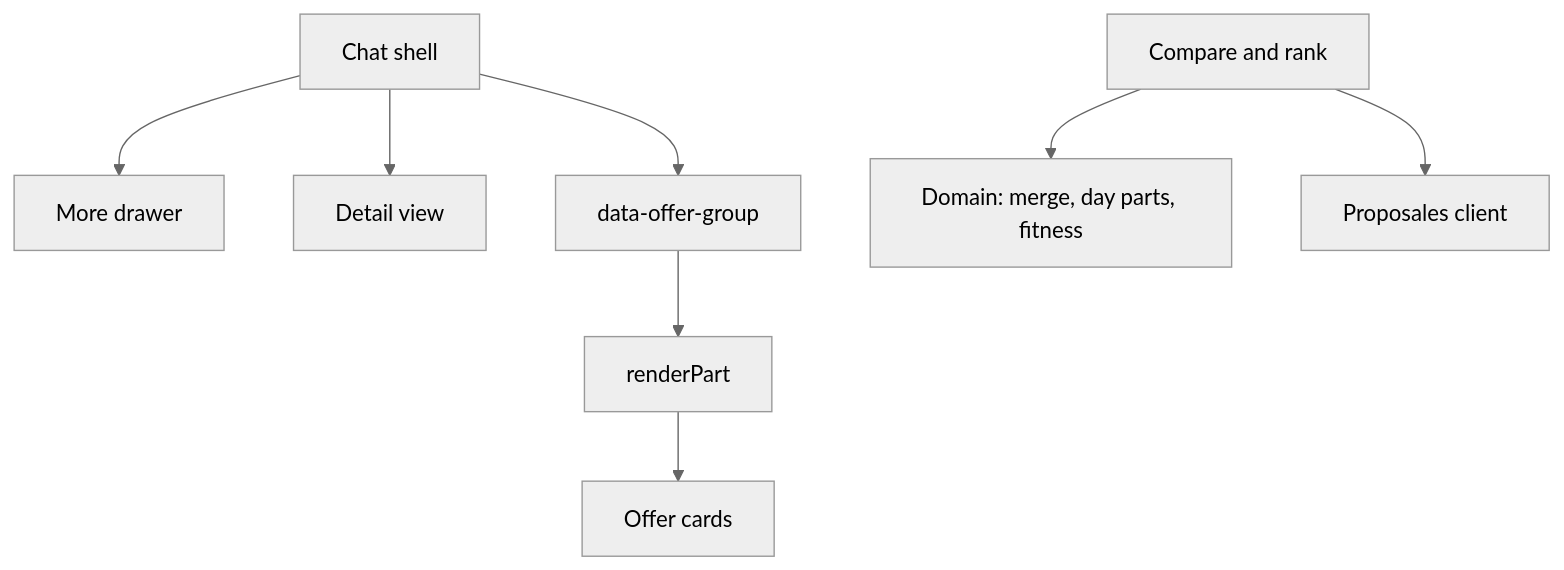
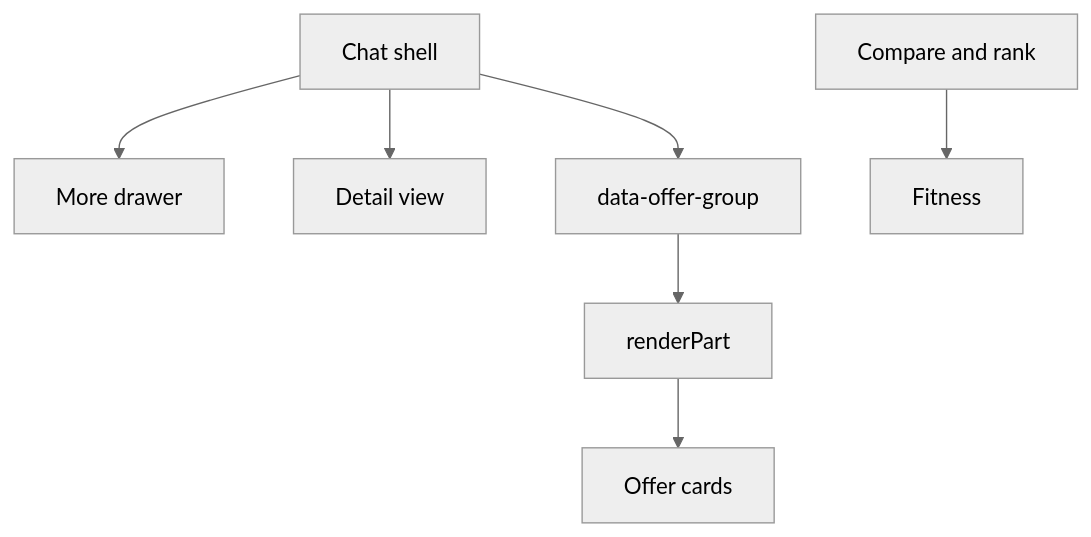
One commit to p10ns11y/proposales-planner-bench changed the ninth of 14 diagrams in planner-bench/docs/ARCHITECTURE.md. Above: the diagram before and after it, drawn with Mermaid (neutral theme). The commit also changed other lines of this file and 11 other files, not shown here.

First line of the commit message:
Revise the planner architecture doc (#14)

````diff
--- a/planner-bench/docs/ARCHITECTURE.md
+++ b/planner-bench/docs/ARCHITECTURE.md
@@ -62,17 +206,15 @@
 ```mermaid
 flowchart TB
   shell["Chat shell"]
   more["More drawer"]
   detail["Detail view"]
   part["data-offer-group"]
   render["renderPart"]
   cards["Offer cards"]
-  domain["Domain: merge, day parts, fitness"]
+  domain["Fitness"]
   rank["Compare and rank"]
-  client["Proposales client"]
   shell --> part --> render --> cards
   shell --> detail
   shell --> more
   rank --> domain
-  rank --> client
 ```
````
